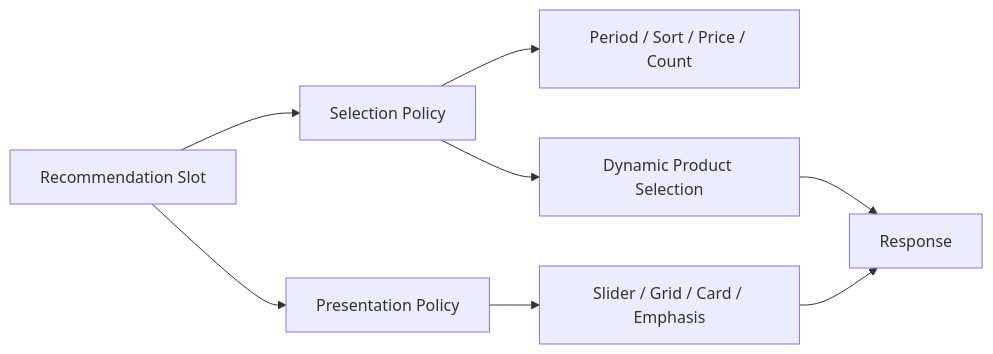
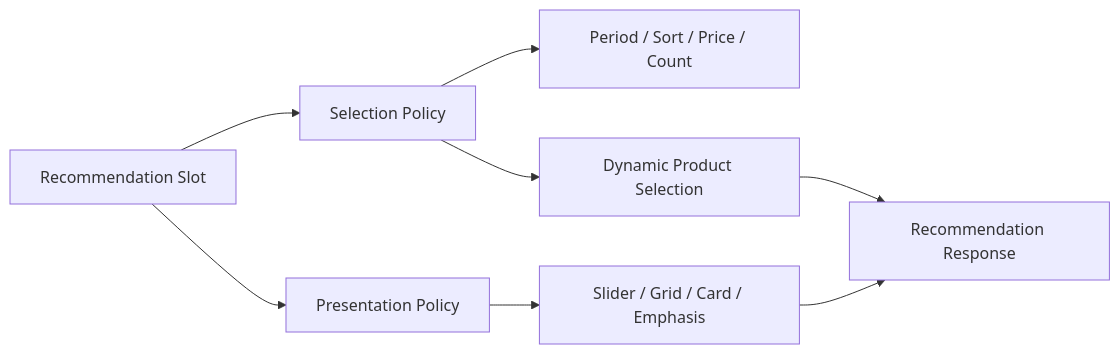
Before and after one commit to dev-wonny/engineering-notes: the third of 3 diagrams in resume/zigzag/index.md, drawn with Mermaid. The commit also changed other lines of this file, not shown here.

````diff
--- a/resume/zigzag/index.md
+++ b/resume/zigzag/index.md
@@ -203,10 +192,10 @@
 ```mermaid
 flowchart LR
     A[Recommendation Slot] --> B[Selection Policy]
     A --> C[Presentation Policy]
     B --> D[Period / Sort / Price / Count]
     B --> E[Dynamic Product Selection]
     C --> F[Slider / Grid / Card / Emphasis]
-    E --> G[Response]
+    E --> G[Recommendation Response]
     F --> G
 ```
````
